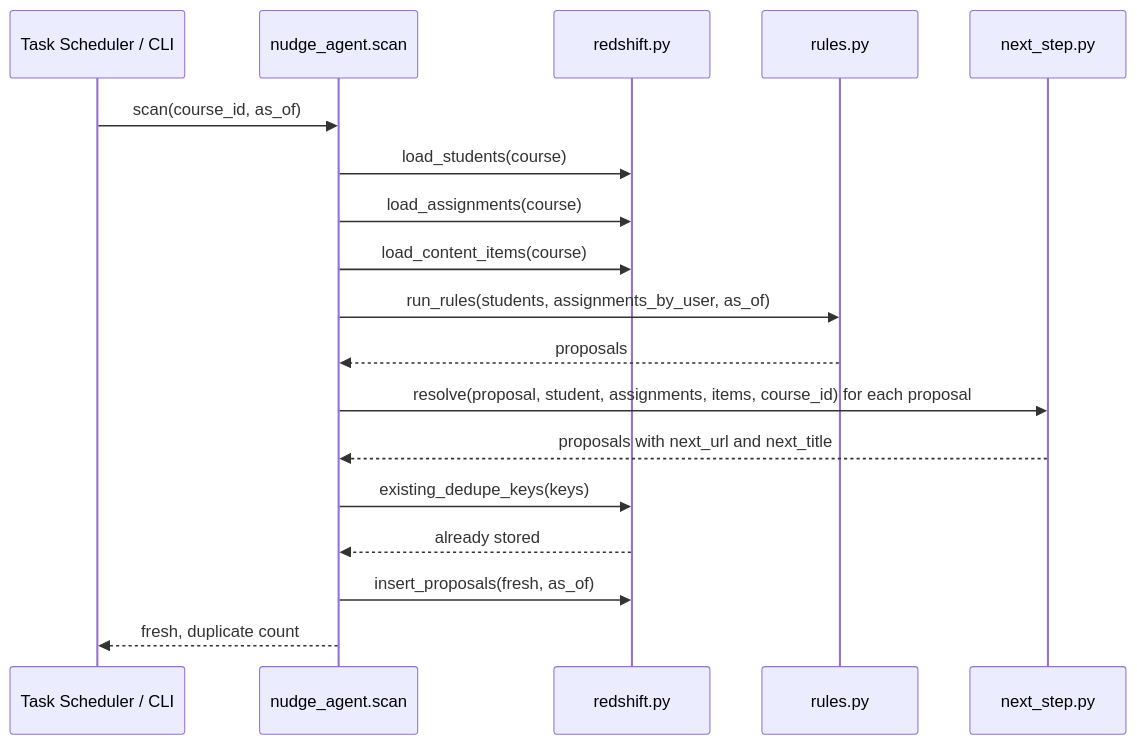
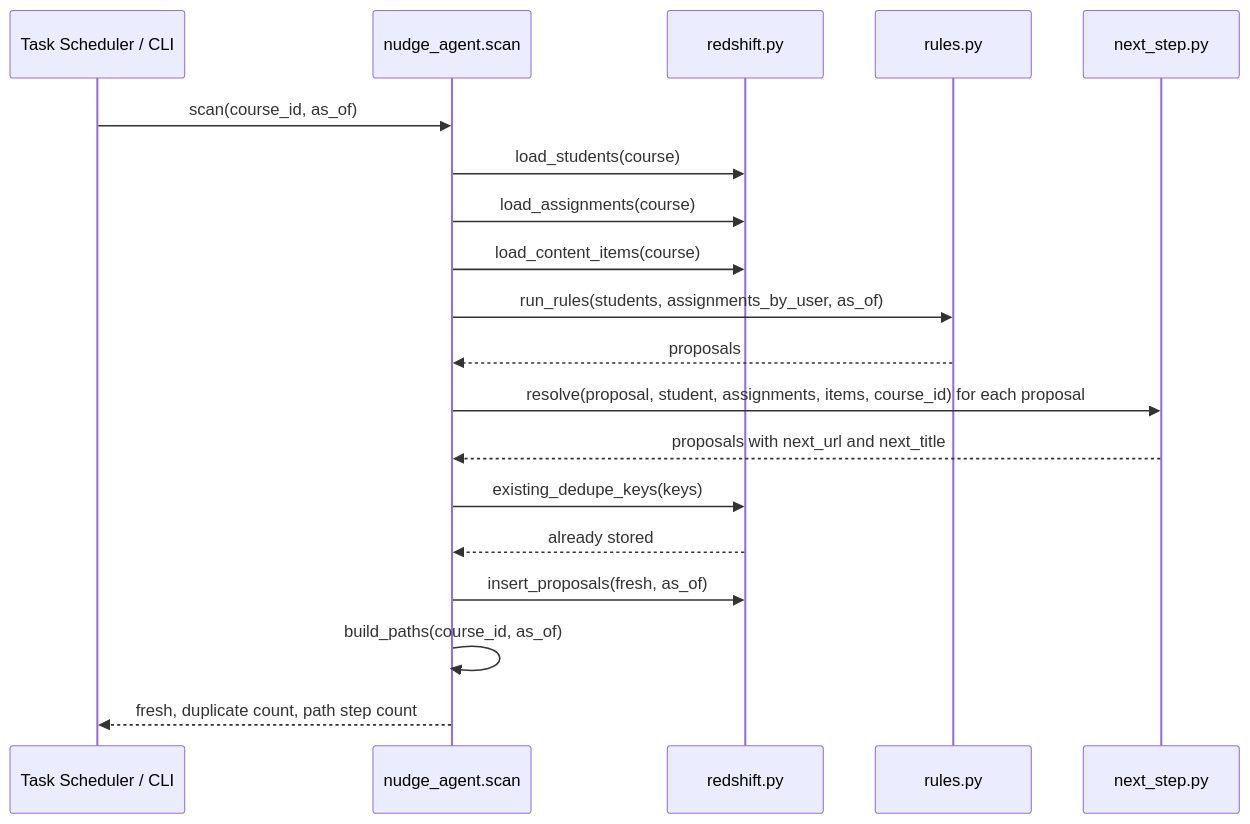
One commit to rdpatilds/nudge-agent changed the sixth of 7 diagrams in docs/ARCHITECTURE.md. Above: the diagram before and after it, drawn with Mermaid. The commit also changed other lines of this file and 13 other files, not shown here.

````diff
--- a/docs/ARCHITECTURE.md
+++ b/docs/ARCHITECTURE.md
@@ -223,20 +338,21 @@
 ```mermaid
 sequenceDiagram
     participant T as Task Scheduler / CLI
     participant A as nudge_agent.scan
     participant R as redshift.py
     participant K as rules.py
     participant N as next_step.py
     T->>A: scan(course_id, as_of)
     A->>R: load_students(course)
     A->>R: load_assignments(course)
     A->>R: load_content_items(course)
     A->>K: run_rules(students, assignments_by_user, as_of)
     K-->>A: proposals
     A->>N: resolve(proposal, student, assignments, items, course_id) for each proposal
     N-->>A: proposals with next_url and next_title
     A->>R: existing_dedupe_keys(keys)
     R-->>A: already stored
     A->>R: insert_proposals(fresh, as_of)
-    A-->>T: fresh, duplicate count
+    A->>A: build_paths(course_id, as_of)
+    A-->>T: fresh, duplicate count, path step count
 ```
````
